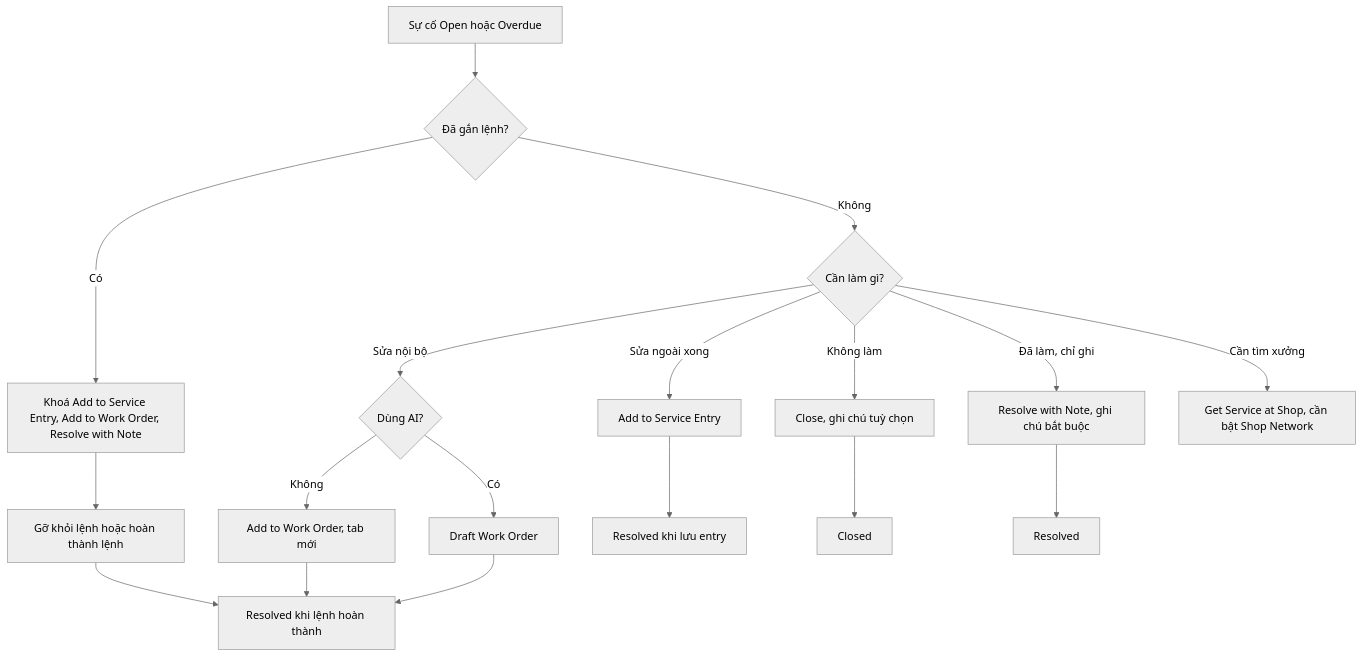
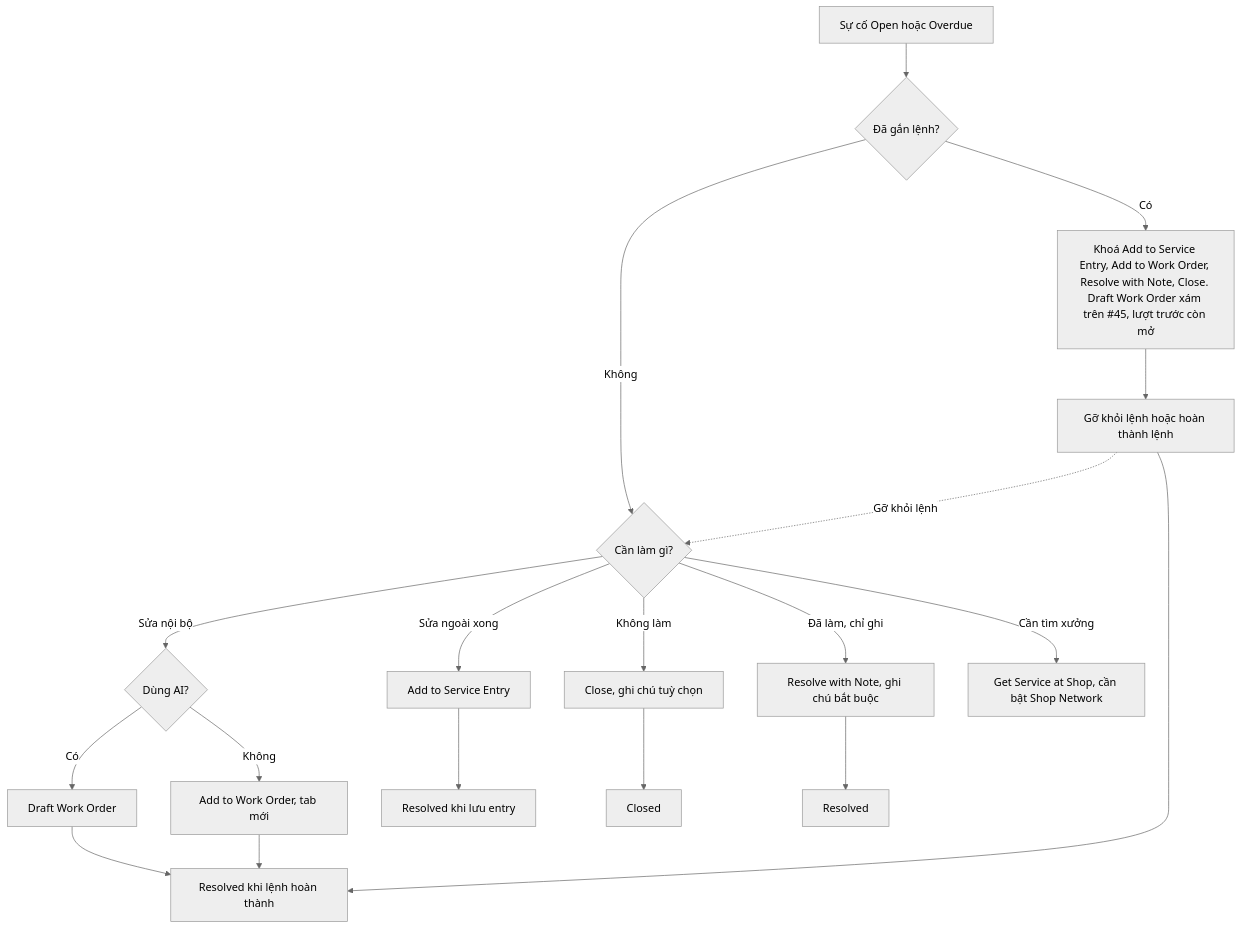
One commit to szitphan/invlogis changed the fourth of 25 diagrams in docs/_research/fleetio/srs/fleetio-repair-flows.md. Above: the diagram before and after it, drawn with Mermaid (neutral theme). The commit also changed other lines of this file and 113 other files, not shown here.

````diff
--- a/docs/_research/fleetio/srs/fleetio-repair-flows.md
+++ b/docs/_research/fleetio/srs/fleetio-repair-flows.md
@@ -101,20 +101,21 @@
 ```mermaid
 flowchart TD
     A["Sự cố Open hoặc Overdue"] --> L{"Đã gắn lệnh?"}
-    L -->|"Có"| M["Khoá Add to Service Entry, Add to Work Order, Resolve with Note"]
+    L -->|"Có"| M["Khoá Add to Service Entry, Add to Work Order, Resolve with Note, Close. Draft Work Order xám trên #45, lượt trước còn mở"]
     M --> N["Gỡ khỏi lệnh hoặc hoàn thành lệnh"]
+    N -.->|"Gỡ khỏi lệnh"| B
     N --> K["Resolved khi lệnh hoàn thành"]
     L -->|"Không"| B{"Cần làm gì?"}
     B -->|"Không làm"| C["Close, ghi chú tuỳ chọn"]
     B -->|"Đã làm, chỉ ghi"| D["Resolve with Note, ghi chú bắt buộc"]
     B -->|"Sửa ngoài xong"| E["Add to Service Entry"]
     B -->|"Sửa nội bộ"| F{"Dùng AI?"}
     F -->|"Có"| H["Draft Work Order"]
     F -->|"Không"| G["Add to Work Order, tab mới"]
     B -->|"Cần tìm xưởng"| I["Get Service at Shop, cần bật Shop Network"]
     E --> J["Resolved khi lưu entry"]
     G --> K
     H --> K
     C --> O["Closed"]
     D --> P["Resolved"]
 ```
````
